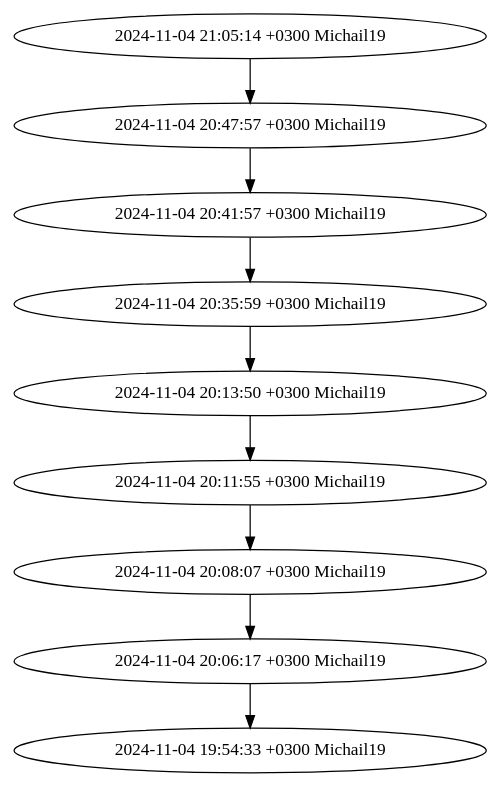
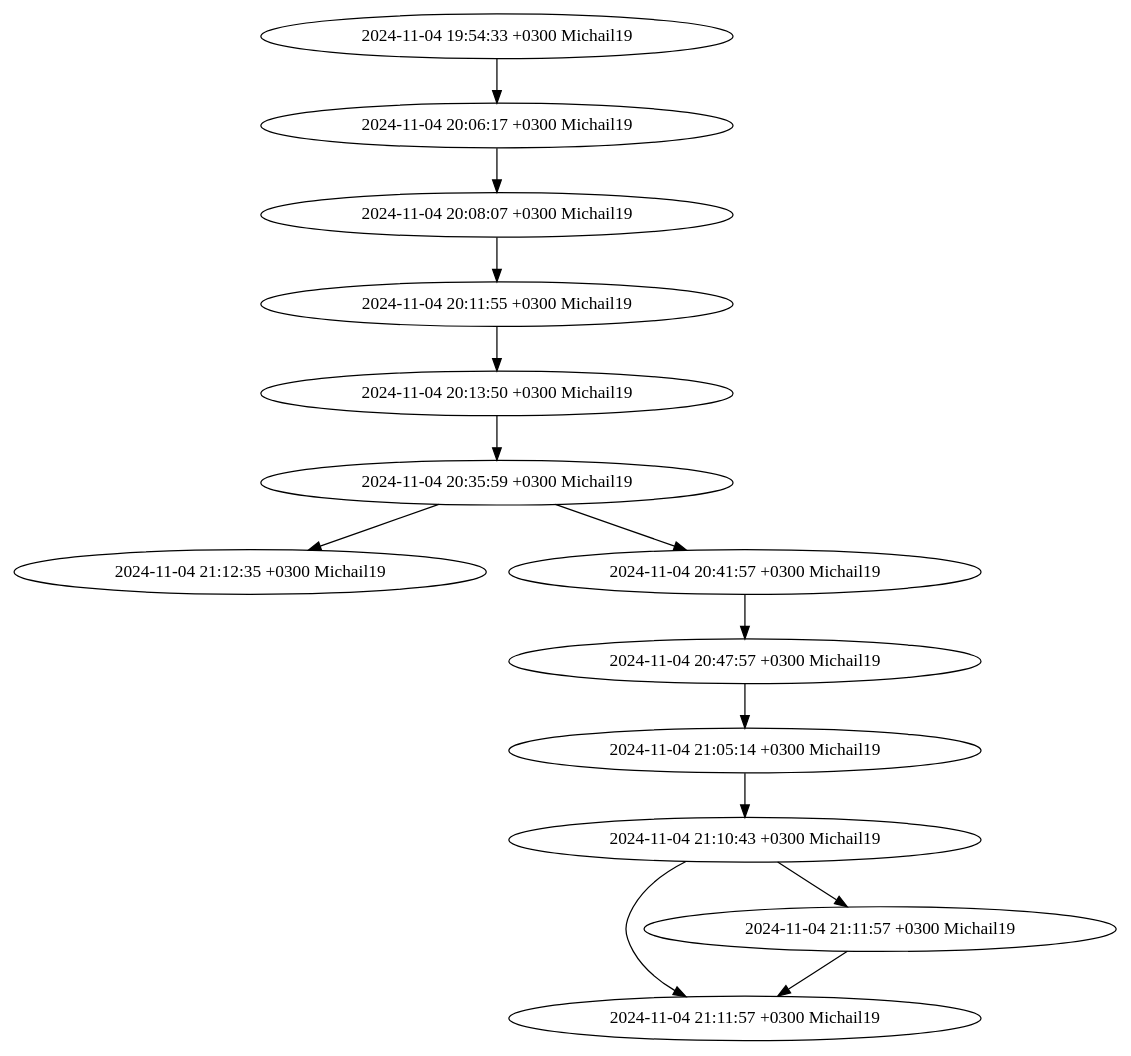
Before and after one commit to Michail19/HomeworkForKU2: the diagram in graph.dot, drawn with Graphviz. The commit also changed 1 other file, not shown here.

```diff
--- a/graph.dot
+++ b/graph.dot
@@ -1,19 +1,28 @@
 digraph G {
+    "2d0f4fdc62858060ae9614b1424f0938bbaa3a52" [label="2024-11-04 21:12:35 +0300 Michail19"];
+    "370b81cb2696b5585780ff9c1359753ce070d8a6" -> "2d0f4fdc62858060ae9614b1424f0938bbaa3a52";
+    "275e2999aaa4cb91f1d07816f954d0aa32208cb1" [label="2024-11-04 21:11:57 +0300 Michail19"];
+    "8b50d4b403be2a20fe8b77a8ab2e54a6161746f5" -> "275e2999aaa4cb91f1d07816f954d0aa32208cb1";
+    "fb33023bd82753f7163abd109360c7dacd0322f6" -> "275e2999aaa4cb91f1d07816f954d0aa32208cb1";
+    "fb33023bd82753f7163abd109360c7dacd0322f6" [label="2024-11-04 21:11:57 +0300 Michail19"];
+    "8b50d4b403be2a20fe8b77a8ab2e54a6161746f5" -> "fb33023bd82753f7163abd109360c7dacd0322f6";
+    "8b50d4b403be2a20fe8b77a8ab2e54a6161746f5" [label="2024-11-04 21:10:43 +0300 Michail19"];
+    "20d60cd260b4c83e5d54e93c36e41720101eb681" -> "8b50d4b403be2a20fe8b77a8ab2e54a6161746f5";
     "20d60cd260b4c83e5d54e93c36e41720101eb681" [label="2024-11-04 21:05:14 +0300 Michail19"];
-    "20d60cd260b4c83e5d54e93c36e41720101eb681" -> "9b440faa52a7ab727df50053aa68a014c2ebaf03";
+    "9b440faa52a7ab727df50053aa68a014c2ebaf03" -> "20d60cd260b4c83e5d54e93c36e41720101eb681";
     "9b440faa52a7ab727df50053aa68a014c2ebaf03" [label="2024-11-04 20:47:57 +0300 Michail19"];
-    "9b440faa52a7ab727df50053aa68a014c2ebaf03" -> "6e5519de86204676ec1090770f51b928f61f6c24";
+    "6e5519de86204676ec1090770f51b928f61f6c24" -> "9b440faa52a7ab727df50053aa68a014c2ebaf03";
     "6e5519de86204676ec1090770f51b928f61f6c24" [label="2024-11-04 20:41:57 +0300 Michail19"];
-    "6e5519de86204676ec1090770f51b928f61f6c24" -> "370b81cb2696b5585780ff9c1359753ce070d8a6";
+    "370b81cb2696b5585780ff9c1359753ce070d8a6" -> "6e5519de86204676ec1090770f51b928f61f6c24";
     "370b81cb2696b5585780ff9c1359753ce070d8a6" [label="2024-11-04 20:35:59 +0300 Michail19"];
-    "370b81cb2696b5585780ff9c1359753ce070d8a6" -> "6e44a9eccef9dc107c26c453559d669ebd84dbcc";
+    "6e44a9eccef9dc107c26c453559d669ebd84dbcc" -> "370b81cb2696b5585780ff9c1359753ce070d8a6";
     "6e44a9eccef9dc107c26c453559d669ebd84dbcc" [label="2024-11-04 20:13:50 +0300 Michail19"];
-    "6e44a9eccef9dc107c26c453559d669ebd84dbcc" -> "46367f7de67175d5f03c9e8ae2067ac21fec0a92";
+    "46367f7de67175d5f03c9e8ae2067ac21fec0a92" -> "6e44a9eccef9dc107c26c453559d669ebd84dbcc";
     "46367f7de67175d5f03c9e8ae2067ac21fec0a92" [label="2024-11-04 20:11:55 +0300 Michail19"];
-    "46367f7de67175d5f03c9e8ae2067ac21fec0a92" -> "49837d93d4a5fb59956aadbba3c262efa4b05267";
+    "49837d93d4a5fb59956aadbba3c262efa4b05267" -> "46367f7de67175d5f03c9e8ae2067ac21fec0a92";
     "49837d93d4a5fb59956aadbba3c262efa4b05267" [label="2024-11-04 20:08:07 +0300 Michail19"];
-    "49837d93d4a5fb59956aadbba3c262efa4b05267" -> "1c911d746562f2b41f69b62a80a2f5a56168f865";
+    "1c911d746562f2b41f69b62a80a2f5a56168f865" -> "49837d93d4a5fb59956aadbba3c262efa4b05267";
     "1c911d746562f2b41f69b62a80a2f5a56168f865" [label="2024-11-04 20:06:17 +0300 Michail19"];
-    "1c911d746562f2b41f69b62a80a2f5a56168f865" -> "27dfd2e4035db62bb239fdf60053539fa3b2f90f";
+    "27dfd2e4035db62bb239fdf60053539fa3b2f90f" -> "1c911d746562f2b41f69b62a80a2f5a56168f865";
     "27dfd2e4035db62bb239fdf60053539fa3b2f90f" [label="2024-11-04 19:54:33 +0300 Michail19"];
 }
```
